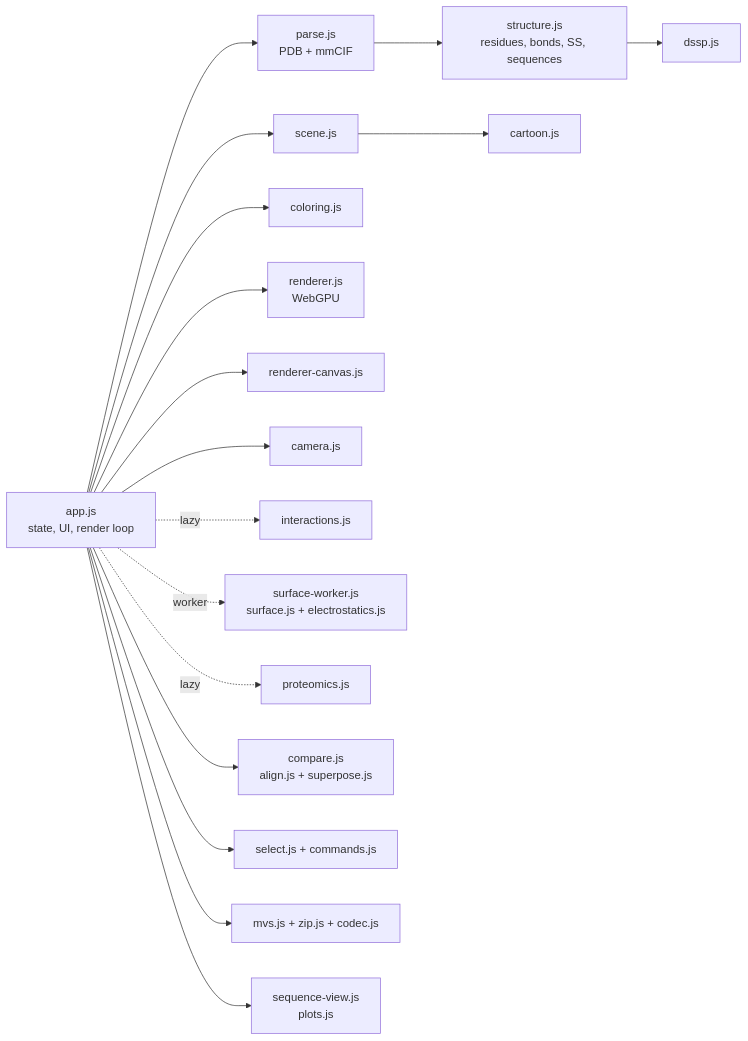
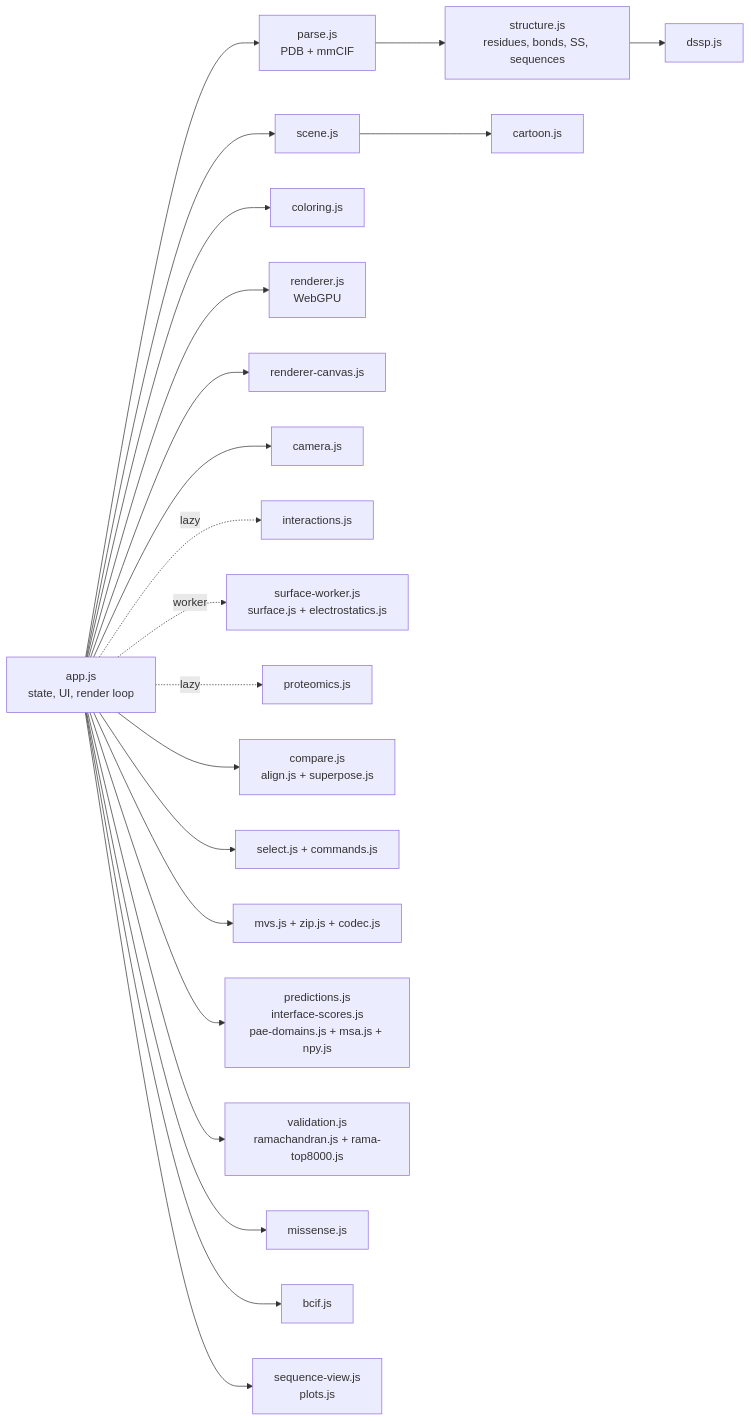
Before and after one commit to robert-mcdermott/proteoscope: the second of 3 diagrams in proteoscope-spec/design.md, drawn with Mermaid. The commit also changed other lines of this file and 38 other files, not shown here.

First line of the commit message:
Add predicted-complex triage, validation reports and AlphaMissense

````diff
--- a/proteoscope-spec/design.md
+++ b/proteoscope-spec/design.md
@@ -62,34 +62,42 @@
 ```mermaid
 graph LR
     App[app.js<br/>state, UI, render loop]
     Parse[parse.js<br/>PDB + mmCIF]
     Structure[structure.js<br/>residues, bonds, SS, sequences]
     DSSP[dssp.js]
     Cartoon[cartoon.js]
     Scene[scene.js]
     Color[coloring.js]
     Renderer[renderer.js<br/>WebGPU]
     Canvas[renderer-canvas.js]
     Camera[camera.js]
     Interactions[interactions.js]
     Surface[surface-worker.js<br/>surface.js + electrostatics.js]
     Proteomics[proteomics.js]
     Compare[compare.js<br/>align.js + superpose.js]
     Select[select.js + commands.js]
     Share[mvs.js + zip.js + codec.js]
+    Predict[predictions.js<br/>interface-scores.js<br/>pae-domains.js + msa.js + npy.js]
+    Validate[validation.js<br/>ramachandran.js + rama-top8000.js]
+    Variants[missense.js]
+    Formats[bcif.js]
     Views[sequence-view.js<br/>plots.js]
 
     App --> Parse --> Structure --> DSSP
     App --> Scene --> Cartoon
     App --> Color
     App --> Renderer
     App --> Canvas
     App --> Camera
     App -. lazy .-> Interactions
     App -. worker .-> Surface
     App -. lazy .-> Proteomics
     App --> Compare
     App --> Select
     App --> Share
+    App --> Predict
+    App --> Validate
+    App --> Variants
+    App --> Formats
     App --> Views
 ```
````
